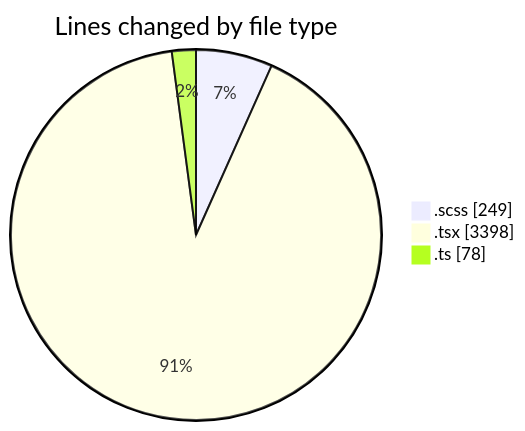
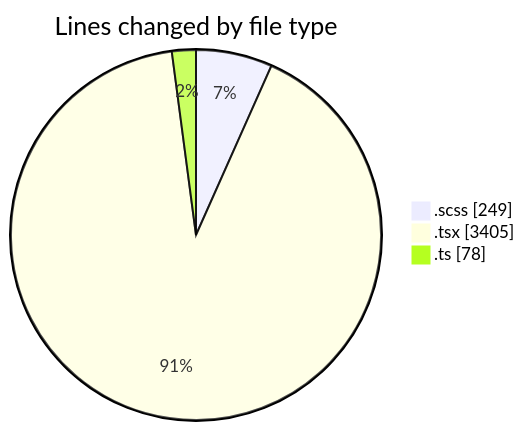
One commit to momahboobian/code-tracking changed the first of 2 diagrams in 2025-09-26/cda/README.md. Above: the diagram before and after it, drawn with Mermaid. The commit also changed other lines of this file and 1 other file, not shown here.

````diff
--- a/2025-09-26/cda/README.md
+++ b/2025-09-26/cda/README.md
@@ -24,7 +24,7 @@
 ```mermaid
 pie showData
 title Lines changed by file type
 ".scss" : 249
-".tsx" : 3398
+".tsx" : 3405
 ".ts" : 78
 ```
````
